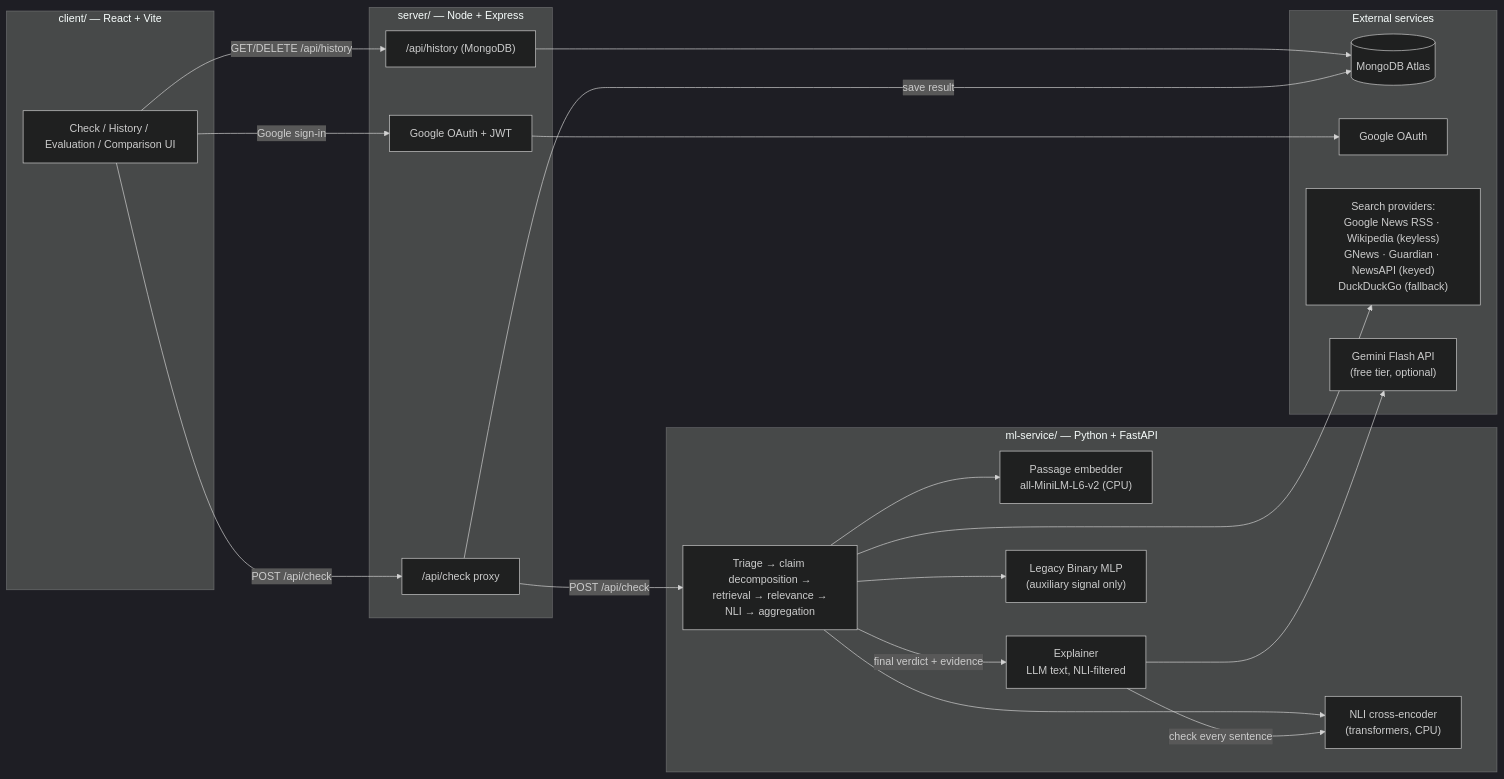
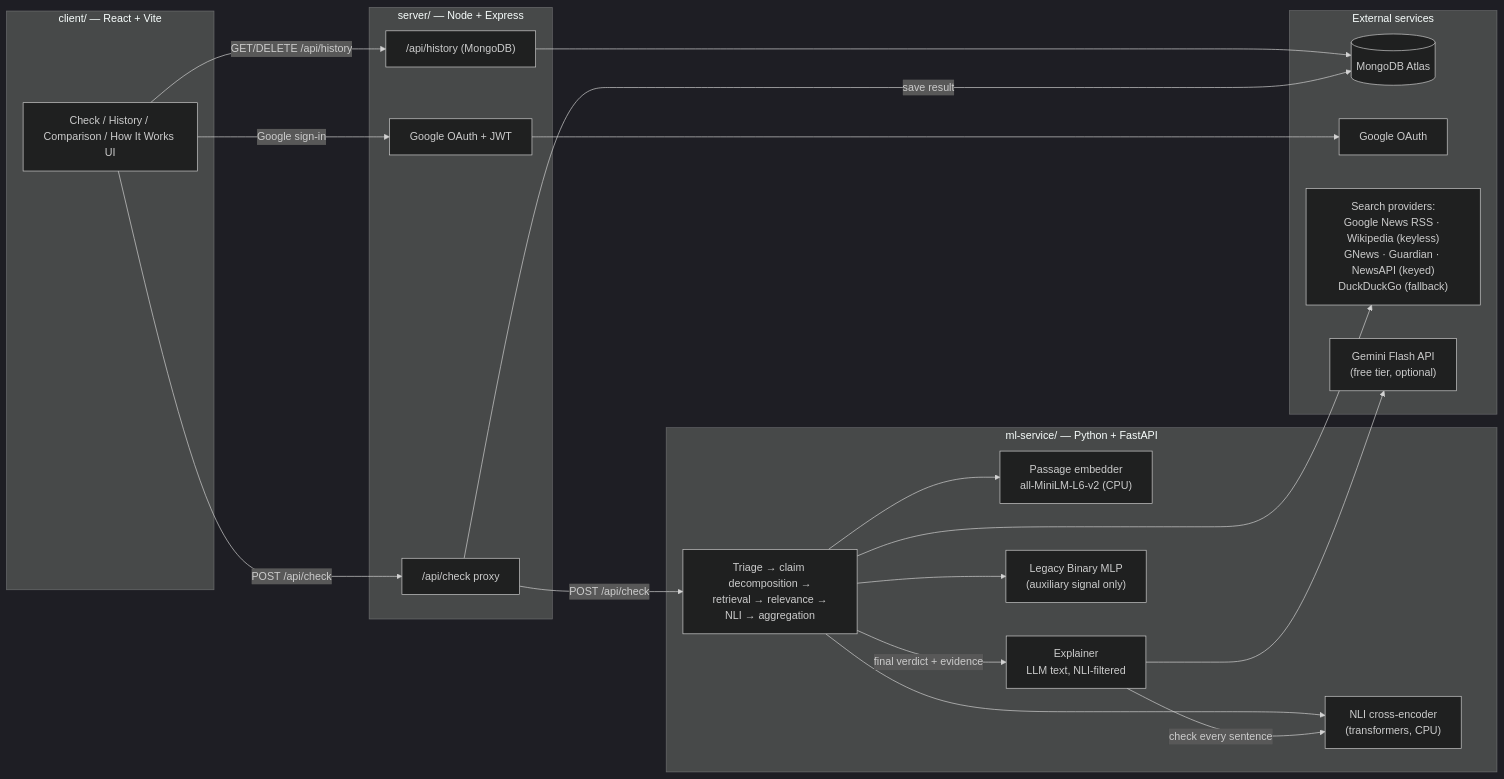
The first of 2 diagrams in README.md (Shoaib1M/NewsChecker_v2), drawn with Mermaid (dark theme) before and after one commit. The commit also changed other lines of this file and 6 other files, not shown here.

````diff
--- a/README.md
+++ b/README.md
@@ -104,39 +104,39 @@
 ```mermaid
 flowchart LR
     subgraph Client["client/ — React + Vite"]
-        UI[Check / History / Evaluation / Comparison UI]
+        UI[Check / History / Comparison / How It Works UI]
     end
     subgraph Server["server/ — Node + Express"]
         Auth["Google OAuth + JWT"]
         Proxy["/api/check proxy"]
         History["/api/history (MongoDB)"]
     end
     subgraph ML["ml-service/ — Python + FastAPI"]
         Pipeline["Triage → claim decomposition →<br/>retrieval → relevance →<br/>NLI → aggregation"]
         NLIModel["NLI cross-encoder<br/>(transformers, CPU)"]
         Embedder["Passage embedder<br/>all-MiniLM-L6-v2 (CPU)"]
         Explainer["Explainer<br/>LLM text, NLI-filtered"]
         Legacy["Legacy Binary MLP<br/>(auxiliary signal only)"]
     end
     subgraph External["External services"]
         Mongo[(MongoDB Atlas)]
         Google[Google OAuth]
         News["Search providers:<br/>Google News RSS · Wikipedia (keyless)<br/>GNews · Guardian · NewsAPI (keyed)<br/>DuckDuckGo (fallback)"]
         Gemini["Gemini Flash API<br/>(free tier, optional)"]
     end
 
     UI -->|"POST /api/check"| Proxy
     UI -->|"Google sign-in"| Auth
     UI -->|"GET/DELETE /api/history"| History
     Auth --> Google
     History --> Mongo
     Proxy -->|"POST /api/check"| Pipeline
     Proxy -->|save result| Mongo
     Pipeline --> NLIModel
     Pipeline --> Embedder
     Pipeline --> Legacy
     Pipeline --> News
     Pipeline -->|"final verdict + evidence"| Explainer
     Explainer --> Gemini
     Explainer -->|"check every sentence"| NLIModel
 ```
````
